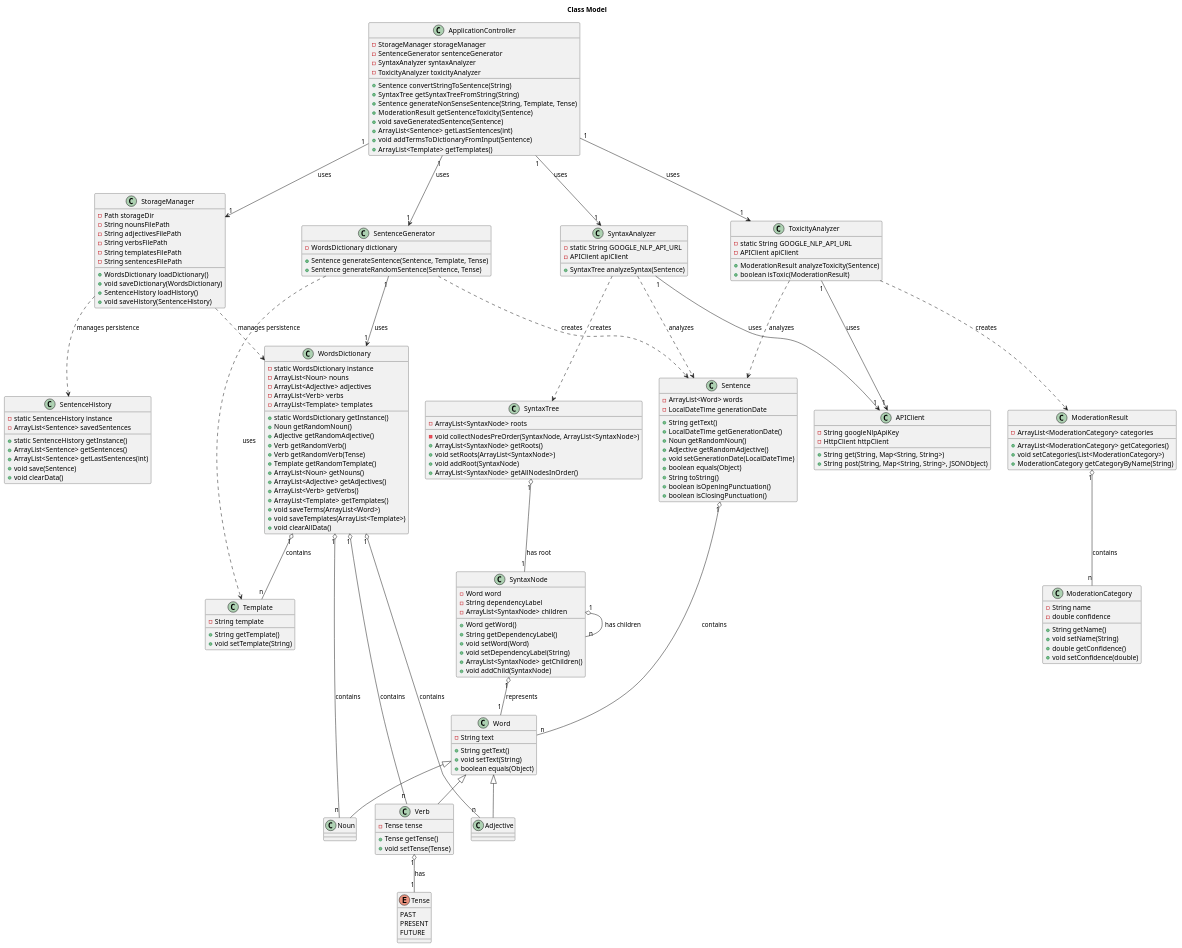
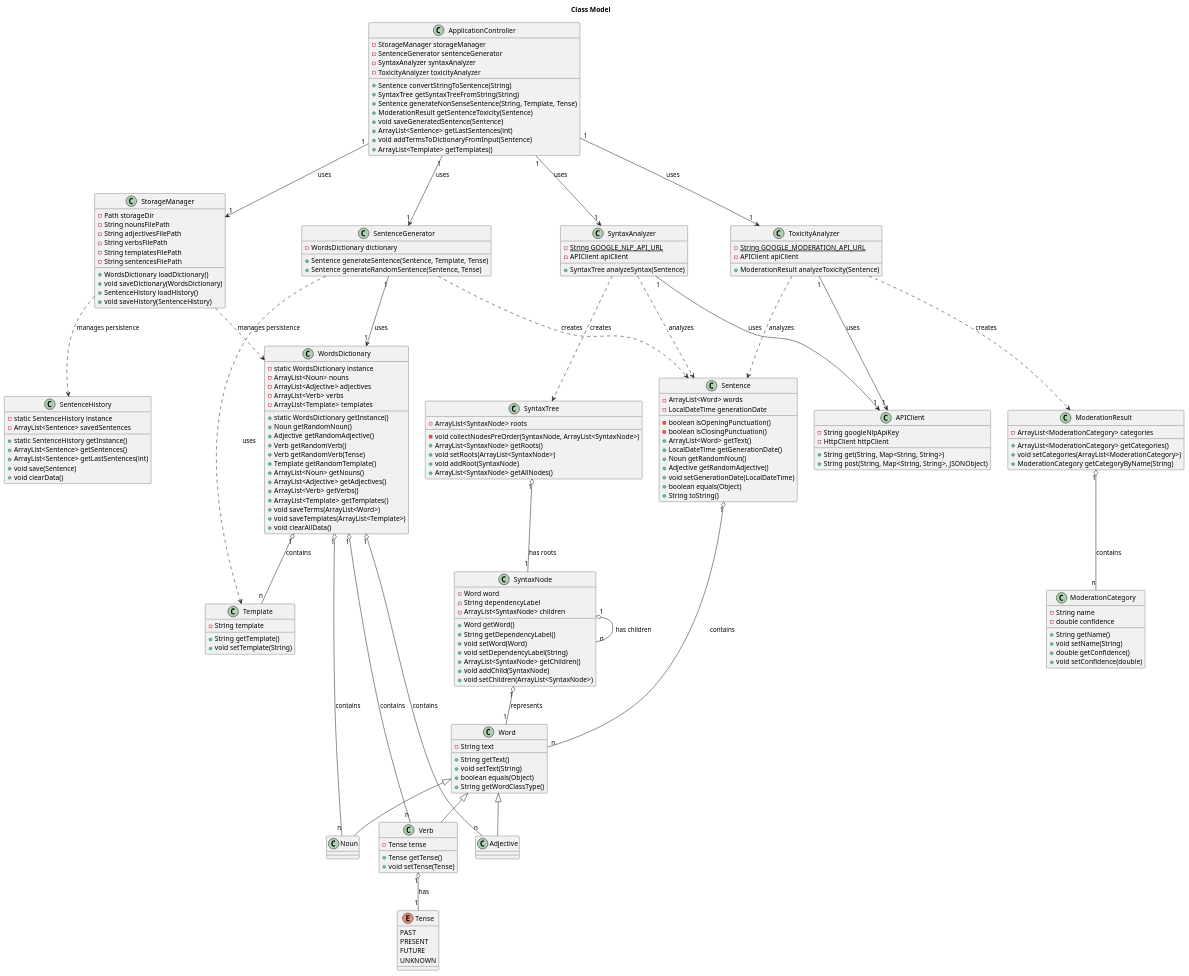
Before and after one commit to liamtoaldo/NonSenseGenerator: the diagram in docs/diagrams/classmodel.plantuml, drawn with PlantUML. The commit also changed 5 other files, not shown here.

Commit message:
FIX - class diagram

```diff
--- a/docs/diagrams/classmodel.plantuml
+++ b/docs/diagrams/classmodel.plantuml
@@ -4,21 +4,22 @@
 class Sentence {
     -ArrayList<Word> words
     -LocalDateTime generationDate
-    +String getText()
+    -boolean isOpeningPunctuation()
+    -boolean isClosingPunctuation()
+    +ArrayList<Word> getText()
     +LocalDateTime getGenerationDate()
     +Noun getRandomNoun()
     +Adjective getRandomAdjective()
     +void setGenerationDate(LocalDateTime)
     +boolean equals(Object)
     +String toString()
-    +boolean isOpeningPunctuation()
-    +boolean isClosingPunctuation()
 }
 
 enum Tense {
     PAST
     PRESENT
     FUTURE
+    UNKNOWN
 }
 
 class Word {
@@ -26,6 +27,7 @@
     +String getText()
     +void setText(String)
     +boolean equals(Object)
+    +String getWordClassType()
 }
 
 class Noun extends Word {
@@ -114,7 +116,7 @@
     +ArrayList<SyntaxNode> getRoots()
     +void setRoots(ArrayList<SyntaxNode>)
     +void addRoot(SyntaxNode)
-    +ArrayList<SyntaxNode> getAllNodesInOrder()
+    +ArrayList<SyntaxNode> getAllNodes()
 }
 
 class SyntaxNode {
@@ -127,10 +129,11 @@
     +void setDependencyLabel(String)
     +ArrayList<SyntaxNode> getChildren()
     +void addChild(SyntaxNode)
+    +void setChildren(ArrayList<SyntaxNode>)
 }
 
 class SyntaxAnalyzer {
-    -static String GOOGLE_NLP_API_URL
+    -{static} String GOOGLE_NLP_API_URL
     -APIClient apiClient
     +SyntaxTree analyzeSyntax(Sentence)
 }
@@ -147,15 +150,14 @@
 class ModerationResult {
     -ArrayList<ModerationCategory> categories
     +ArrayList<ModerationCategory> getCategories()
-    +void setCategories(List<ModerationCategory>)
+    +void setCategories(ArrayList<ModerationCategory>)
     +ModerationCategory getCategoryByName(String)
 }
 
 class ToxicityAnalyzer {
-    -static String GOOGLE_NLP_API_URL
+    -{static} String GOOGLE_MODERATION_API_URL
     -APIClient apiClient
     +ModerationResult analyzeToxicity(Sentence)
-    +boolean isToxic(ModerationResult)
 }
 
 ' ApplicationController implementa il pattern Controller e il pattern Facade
@@ -198,7 +200,7 @@
 
 ModerationResult "1" o-- "n" ModerationCategory : contains
 
-SyntaxTree "1" o-- "1" SyntaxNode : has root
+SyntaxTree "1" o-- "1" SyntaxNode : has roots
 SyntaxNode "1" o-- "1" Word : represents
 SyntaxNode "1" o-- "n" SyntaxNode : has children
 
```
